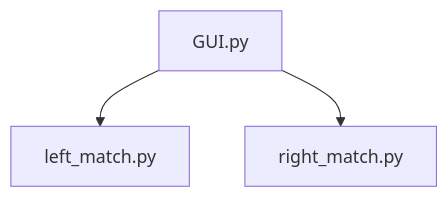
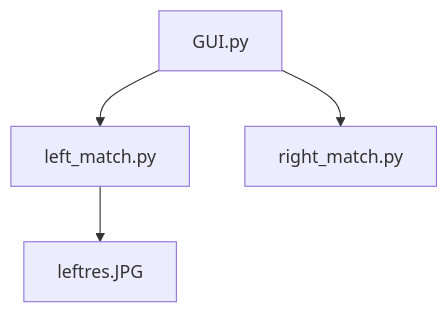
The diagram in README.md (brucemingxinliu/iSense), drawn with Mermaid before and after one commit. The commit also changed 3 other files, not shown here.

````diff
--- a/README.md
+++ b/README.md
@@ -13,5 +13,6 @@
 ```mermaid
 graph TD;
     A[GUI.py] --> B[left_match.py]
     A[GUI.py] --> C[right_match.py]
+    B[left_match.py] --> D[leftres.JPG]
 ```  
````
